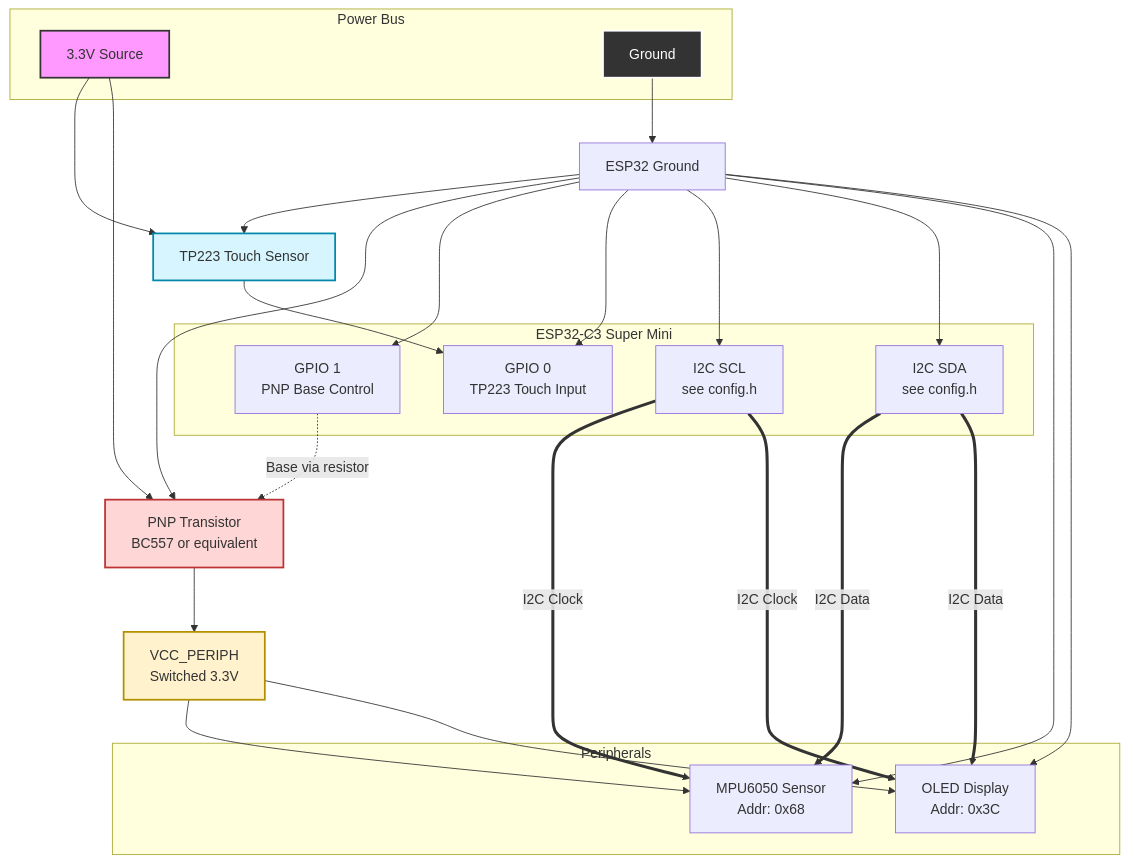
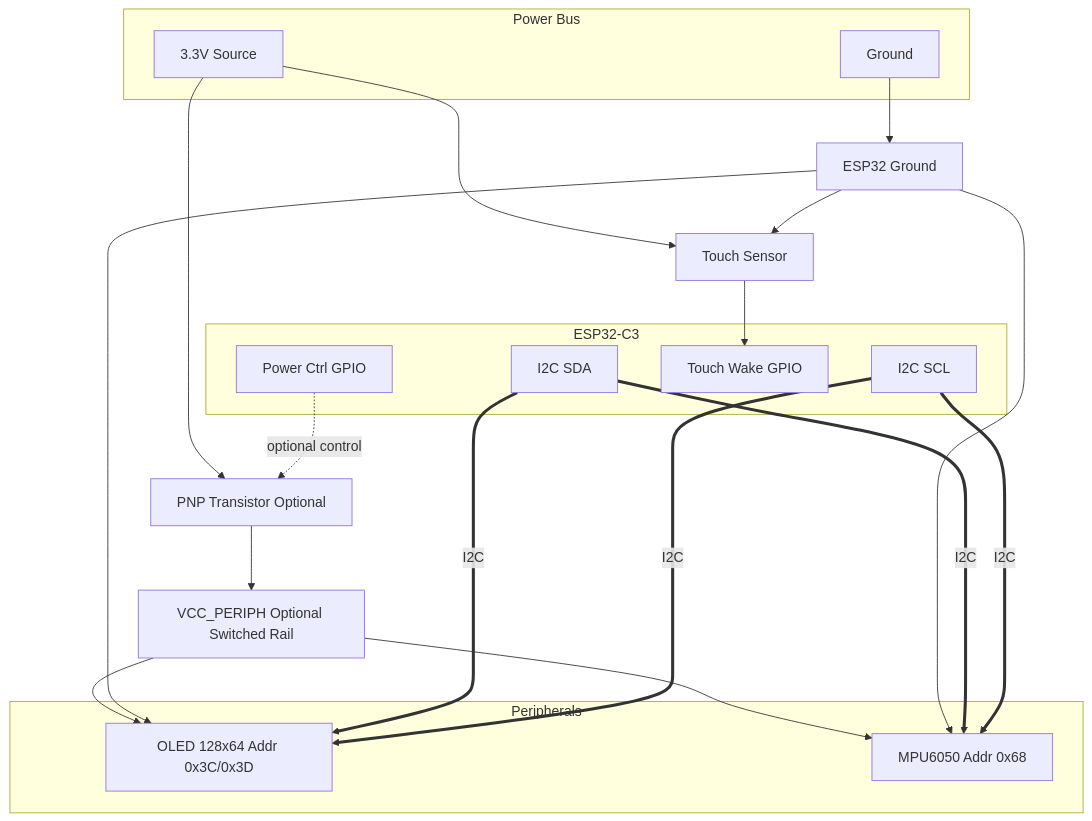
Before and after one commit to sanicxt/Leor: the diagram in README.md, drawn with Mermaid. The commit also changed other lines of this file and 59 other files, not shown here.

````diff
--- a/README.md
+++ b/README.md
@@ -81,46 +82,37 @@
 ```mermaid
 graph TD
     subgraph Power Bus
       VCC[3.3V Source]
       GND[Ground]
     end
 
     ESPGND[ESP32 Ground]
 
-    subgraph ESP32-C3 Super Mini
-      SDA[I2C SDA<br>see config.h]
-      SCL[I2C SCL<br>see config.h]
-      GPIO0[GPIO 0<br>TP223 Touch Input]
-      GPIO1[GPIO 1<br>PNP Base Control]
+    subgraph ESP32-C3
+      SDA[I2C SDA]
+      SCL[I2C SCL]
+      WAKE[Touch Wake GPIO]
+      PWR[Power Ctrl GPIO]
     end
 
-    PNP[PNP Transistor<br>BC557 or equivalent]
-    VPERIPH[VCC_PERIPH<br>Switched 3.3V]
-    TP223[TP223 Touch Sensor]
+    PNP[PNP Transistor Optional]
+    VPERIPH[VCC_PERIPH Optional Switched Rail]
+    TOUCH[Touch Sensor]
 
     subgraph Peripherals
-      OLED[OLED Display<br>Addr: 0x3C]
-      IMU[MPU6050 Sensor<br>Addr: 0x68]
+      OLED[OLED 128x64 Addr 0x3C/0x3D]
+      IMU[MPU6050 Addr 0x68]
     end
 
-    %% Power Connections
     VCC --> PNP
     PNP --> VPERIPH
     VPERIPH --> OLED & IMU
-    VCC --> TP223
+    VCC --> TOUCH
     GND --> ESPGND
-    ESPGND --> OLED & IMU & SDA & SCL & GPIO0 & GPIO1 & PNP & TP223
+    ESPGND --> OLED & IMU & TOUCH
 
-    %% Data Connections
-    SDA == I2C Data ==> OLED & IMU
-    SCL == I2C Clock ==> OLED & IMU
-    TP223 --> GPIO0
-    GPIO1 -. Base via resistor .-> PNP
-
-    style VCC fill:#f9f,stroke:#333,stroke-width:2px
-    style GND fill:#333,stroke:#fff,stroke-width:2px,color:#fff
-    style PNP fill:#ffd6d6,stroke:#b33,stroke-width:2px
-    style VPERIPH fill:#fff2cc,stroke:#b38f00,stroke-width:2px
-    style TP223 fill:#d6f5ff,stroke:#0088aa,stroke-width:2px
-
+    SDA == I2C ==> OLED & IMU
+    SCL == I2C ==> OLED & IMU
+    TOUCH --> WAKE
+    PWR -. optional control .-> PNP
 ```
````
